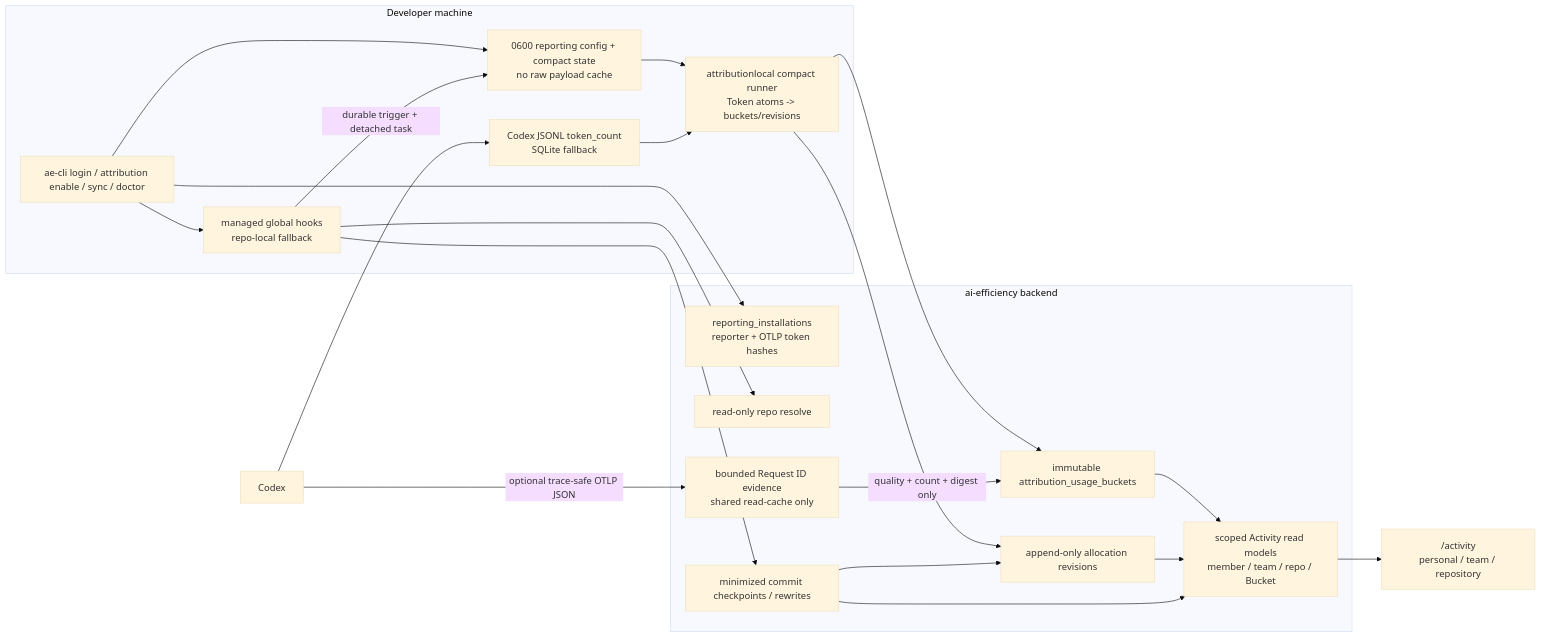
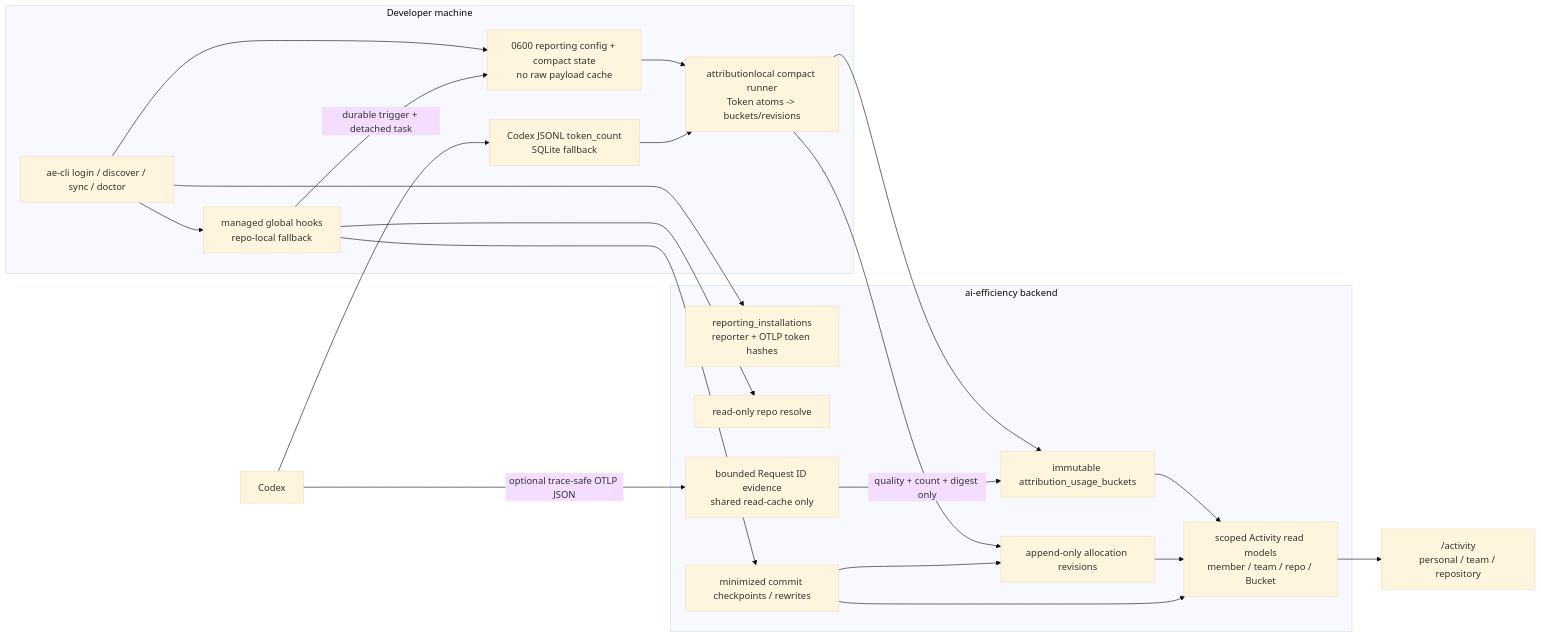
Before and after one commit to LichKing-2234/ai-efficiency: the fourth of 4 diagrams in docs/architecture.md, drawn with Mermaid (base theme). The commit also changed other lines of this file and 27 other files, not shown here.

````diff
--- a/docs/architecture.md
+++ b/docs/architecture.md
@@ -696,43 +696,43 @@
 ```mermaid
 flowchart LR
     Codex["Codex"]
 
     subgraph Local["Developer machine"]
-        CLI["ae-cli login / attribution enable / sync / doctor"]
+        CLI["ae-cli login / discover / sync / doctor"]
         Hooks["managed global hooks<br/>repo-local fallback"]
         JSONL["Codex JSONL token_count<br/>SQLite fallback"]
         Compact["attributionlocal compact runner<br/>Token atoms -> buckets/revisions"]
         State["0600 reporting config + compact state<br/>no raw payload cache"]
     end
 
     subgraph Backend["ai-efficiency backend"]
         Install["reporting_installations<br/>reporter + OTLP token hashes"]
         Resolve["read-only repo resolve"]
         Checkpoint["minimized commit checkpoints / rewrites"]
         Buckets["immutable attribution_usage_buckets"]
         Revisions["append-only allocation revisions"]
         Correlation["bounded Request ID evidence<br/>shared read-cache only"]
         Activity["scoped Activity read models<br/>member / team / repo / Bucket"]
     end
 
     UI["/activity<br/>personal / team / repository"]
 
     CLI --> Install
     CLI --> Hooks
     CLI --> State
     Codex --> JSONL
     Codex -->|"optional trace-safe OTLP JSON"| Correlation
     Hooks --> Resolve
     Hooks --> Checkpoint
     Hooks -->|"durable trigger + detached task"| State
     State --> Compact
     JSONL --> Compact
     Compact --> Buckets
     Compact --> Revisions
     Checkpoint --> Revisions
     Correlation -->|"quality + count + digest only"| Buckets
     Buckets --> Activity
     Revisions --> Activity
     Checkpoint --> Activity
     Activity --> UI
 ```
````
